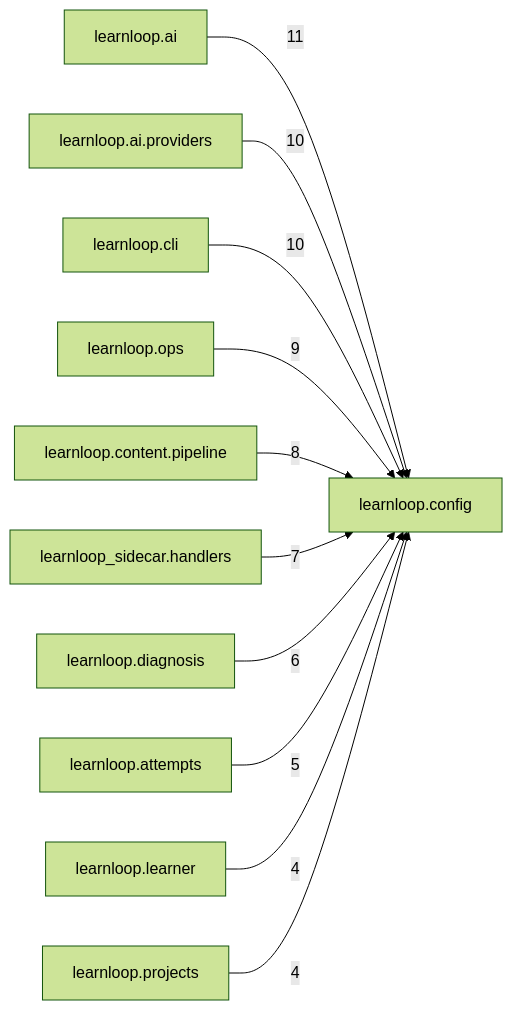
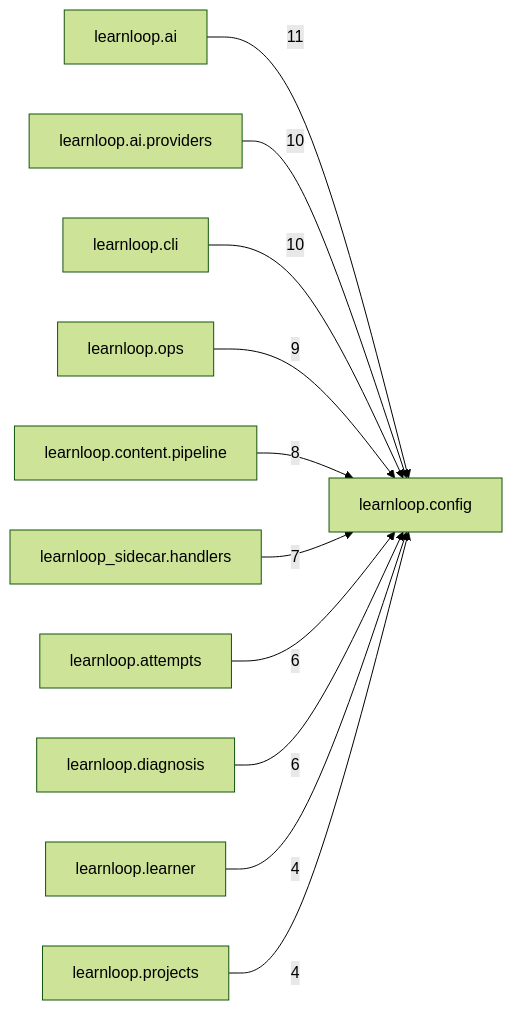
Before and after one commit to 6up-b/learnanything: the diagram in docs/learnloop-architecture-vault/Reference/Modules/learnloop/config/_package.md, drawn with Mermaid (forest theme). The commit also changed other lines of this file and 112 other files, not shown here.

````diff
--- a/docs/learnloop-architecture-vault/Reference/Modules/learnloop/config/_package.md
+++ b/docs/learnloop-architecture-vault/Reference/Modules/learnloop/config/_package.md
@@ -112,24 +112,24 @@
 ```mermaid
 flowchart LR
     center["learnloop.config"]
     n_learnloop_ai["learnloop.ai"]
     n_learnloop_ai_providers["learnloop.ai.providers"]
     n_learnloop_cli["learnloop.cli"]
     n_learnloop_ops["learnloop.ops"]
     n_learnloop_content_pipeline["learnloop.content.pipeline"]
     n_learnloop_sidecar_handlers["learnloop_sidecar.handlers"]
+    n_learnloop_attempts["learnloop.attempts"]
     n_learnloop_diagnosis["learnloop.diagnosis"]
-    n_learnloop_attempts["learnloop.attempts"]
     n_learnloop_learner["learnloop.learner"]
     n_learnloop_projects["learnloop.projects"]
     n_learnloop_ai -->|11| center
     n_learnloop_ai_providers -->|10| center
     n_learnloop_cli -->|10| center
     n_learnloop_ops -->|9| center
     n_learnloop_content_pipeline -->|8| center
     n_learnloop_sidecar_handlers -->|7| center
+    n_learnloop_attempts -->|6| center
     n_learnloop_diagnosis -->|6| center
-    n_learnloop_attempts -->|5| center
     n_learnloop_learner -->|4| center
     n_learnloop_projects -->|4| center
 ```
````
